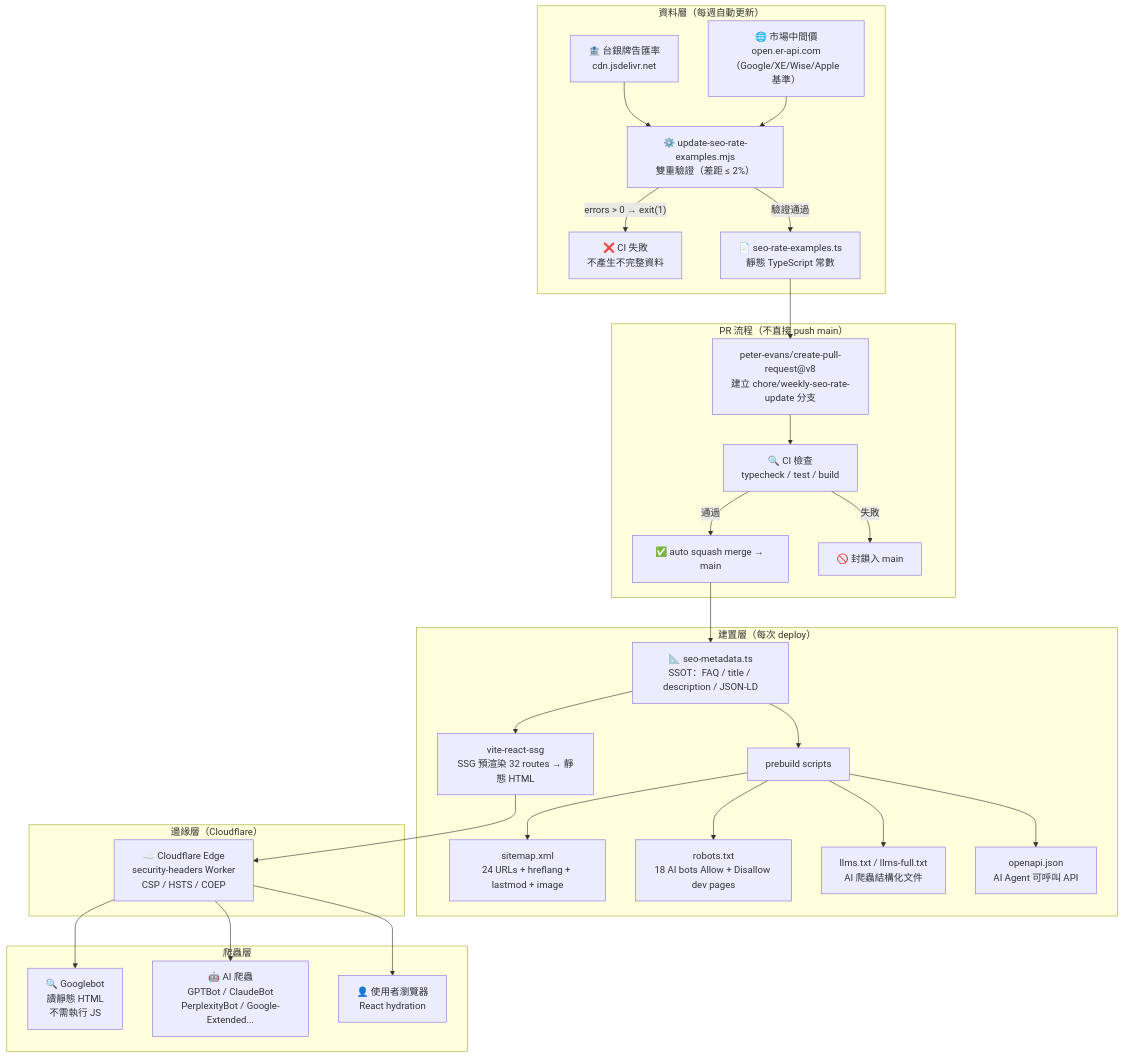
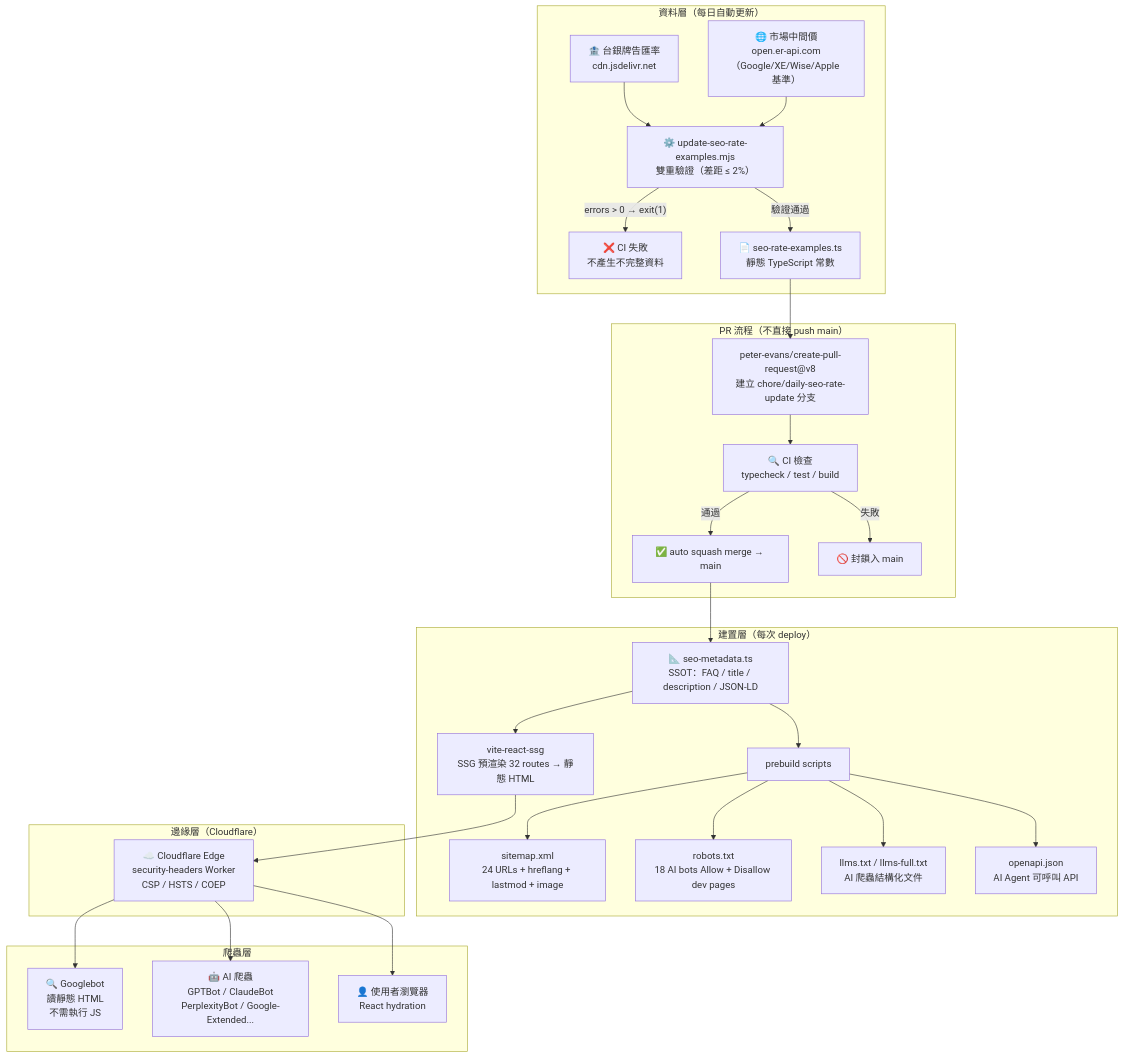
One commit to haotool/app changed the first of 3 diagrams in docs/SEO_GUIDE.md. Above: the diagram before and after it, drawn with Mermaid. The commit also changed other lines of this file and 7 other files, not shown here.

````diff
--- a/docs/SEO_GUIDE.md
+++ b/docs/SEO_GUIDE.md
@@ -33,39 +33,39 @@
 ```mermaid
 flowchart TD
-    subgraph DATA["資料層（每週自動更新）"]
+    subgraph DATA["資料層（每日自動更新）"]
         TW["🏦 台銀牌告匯率<br/>cdn.jsdelivr.net"]
         ER["🌐 市場中間價<br/>open.er-api.com<br/>（Google/XE/Wise/Apple 基準）"]
         TW --> SCRIPT
         ER --> SCRIPT
         SCRIPT["⚙️ update-seo-rate-examples.mjs<br/>雙重驗證（差距 ≤ 2%）"]
         SCRIPT -->|"errors > 0 → exit(1)"| FAIL["❌ CI 失敗<br/>不產生不完整資料"]
         SCRIPT -->|"驗證通過"| GEN["📄 seo-rate-examples.ts<br/>靜態 TypeScript 常數"]
     end
 
     subgraph PR["PR 流程（不直接 push main）"]
-        GEN --> CPR["peter-evans/create-pull-request@v8<br/>建立 chore/weekly-seo-rate-update 分支"]
+        GEN --> CPR["peter-evans/create-pull-request@v8<br/>建立 chore/daily-seo-rate-update 分支"]
         CPR --> CI["🔍 CI 檢查<br/>typecheck / test / build"]
         CI -->|"通過"| MERGE["✅ auto squash merge → main"]
         CI -->|"失敗"| BLOCK["🚫 封鎖入 main"]
     end
 
     subgraph BUILD["建置層（每次 deploy）"]
         MERGE --> SSOT["📐 seo-metadata.ts<br/>SSOT：FAQ / title / description / JSON-LD"]
         SSOT --> SSG["vite-react-ssg<br/>SSG 預渲染 32 routes → 靜態 HTML"]
         SSOT --> PRE["prebuild scripts"]
         PRE --> SITEMAP["sitemap.xml<br/>24 URLs + hreflang + lastmod + image"]
         PRE --> ROBOTS["robots.txt<br/>18 AI bots Allow + Disallow dev pages"]
         PRE --> LLMS["llms.txt / llms-full.txt<br/>AI 爬蟲結構化文件"]
         PRE --> OPENAPI["openapi.json<br/>AI Agent 可呼叫 API"]
     end
 
     subgraph EDGE["邊緣層（Cloudflare）"]
         SSG --> CF["☁️ Cloudflare Edge<br/>security-headers Worker<br/>CSP / HSTS / COEP"]
     end
 
     subgraph CRAWL["爬蟲層"]
         CF --> GOOGLE["🔍 Googlebot<br/>讀靜態 HTML<br/>不需執行 JS"]
         CF --> AI_BOT["🤖 AI 爬蟲<br/>GPTBot / ClaudeBot<br/>PerplexityBot / Google-Extended..."]
         CF --> USER["👤 使用者瀏覽器<br/>React hydration"]
     end
 ```
````
